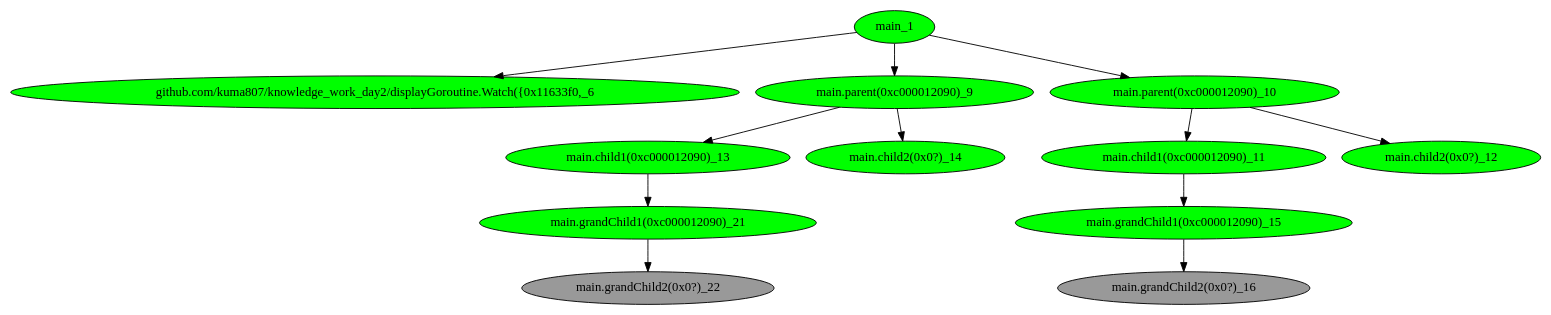
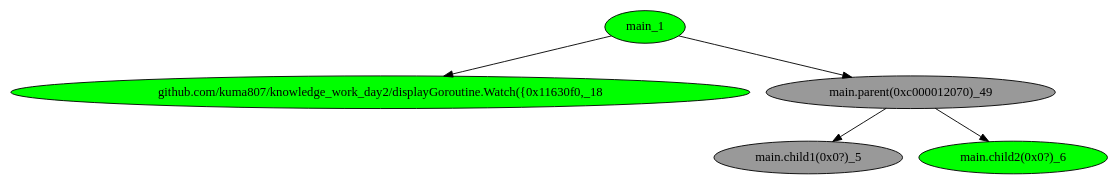
One commit to kuma807/knowledge_work_day2 changed the diagram in main_testGoroutine/tree_5.dot. Above: the diagram before and after it, drawn with Graphviz. The commit also changed 35 other files, not shown here.

```diff
--- a/main_testGoroutine/tree_5.dot
+++ b/main_testGoroutine/tree_5.dot
@@ -1,26 +1,12 @@
 digraph G {
-	"main_1"->"github.com/kuma807/knowledge_work_day2/displayGoroutine.Watch({0x11633f0,_6";
-	"main_1"->"main.parent(0xc000012090)_9";
-	"main_1"->"main.parent(0xc000012090)_10";
-	"main.parent(0xc000012090)_10"->"main.child1(0xc000012090)_11";
-	"main.parent(0xc000012090)_10"->"main.child2(0x0?)_12";
-	"main.parent(0xc000012090)_9"->"main.child1(0xc000012090)_13";
-	"main.parent(0xc000012090)_9"->"main.child2(0x0?)_14";
-	"main.child1(0xc000012090)_11"->"main.grandChild1(0xc000012090)_15";
-	"main.grandChild1(0xc000012090)_15"->"main.grandChild2(0x0?)_16";
-	"main.child1(0xc000012090)_13"->"main.grandChild1(0xc000012090)_21";
-	"main.grandChild1(0xc000012090)_21"->"main.grandChild2(0x0?)_22";
-	"github.com/kuma807/knowledge_work_day2/displayGoroutine.Watch({0x11633f0,_6" [ fillcolor="#00FF00", style="solid,filled" ];
-	"main.child1(0xc000012090)_11" [ fillcolor="#00FF00", style="solid,filled" ];
-	"main.child1(0xc000012090)_13" [ fillcolor="#00FF00", style="solid,filled" ];
-	"main.child2(0x0?)_12" [ fillcolor="#00FF00", style="solid,filled" ];
-	"main.child2(0x0?)_14" [ fillcolor="#00FF00", style="solid,filled" ];
-	"main.grandChild1(0xc000012090)_15" [ fillcolor="#00FF00", style="solid,filled" ];
-	"main.grandChild1(0xc000012090)_21" [ fillcolor="#00FF00", style="solid,filled" ];
-	"main.grandChild2(0x0?)_16" [ fillcolor="#999999", style="solid,filled" ];
-	"main.grandChild2(0x0?)_22" [ fillcolor="#999999", style="solid,filled" ];
-	"main.parent(0xc000012090)_10" [ fillcolor="#00FF00", style="solid,filled" ];
-	"main.parent(0xc000012090)_9" [ fillcolor="#00FF00", style="solid,filled" ];
+	"main_1"->"github.com/kuma807/knowledge_work_day2/displayGoroutine.Watch({0x11630f0,_18";
+	"main_1"->"main.parent(0xc000012070)_49";
+	"main.parent(0xc000012070)_49"->"main.child1(0x0?)_5";
+	"main.parent(0xc000012070)_49"->"main.child2(0x0?)_6";
+	"github.com/kuma807/knowledge_work_day2/displayGoroutine.Watch({0x11630f0,_18" [ fillcolor="#00FF00", style="solid,filled" ];
+	"main.child1(0x0?)_5" [ fillcolor="#999999", style="solid,filled" ];
+	"main.child2(0x0?)_6" [ fillcolor="#00FF00", style="solid,filled" ];
+	"main.parent(0xc000012070)_49" [ fillcolor="#999999", style="solid,filled" ];
 	"main_1" [ fillcolor="#00FF00", style="solid,filled" ];
 
 }
```
